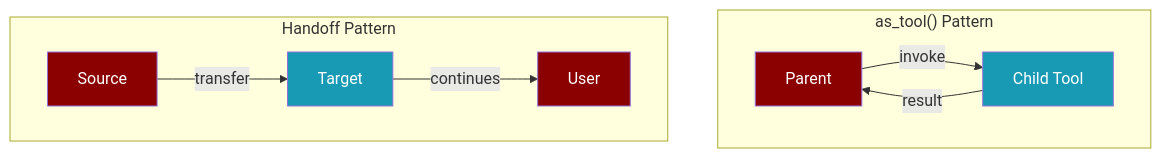
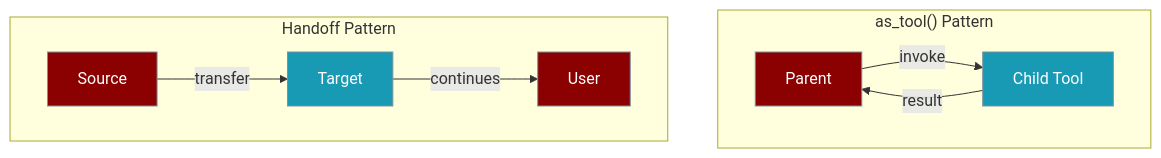
The third of 3 diagrams in docs/features/agent-as-tool.mdx (MervinPraison/PraisonAIDocs), drawn with Mermaid before and after one commit. The commit also changed other lines of this file and 9 other files, not shown here.

````diff
--- a/docs/features/agent-as-tool.mdx
+++ b/docs/features/agent-as-tool.mdx
@@ -148,20 +134,20 @@
 ```mermaid
 graph TB
     subgraph AsTool["as_tool() Pattern"]
         direction LR
         P1[Parent] -->|"invoke"| C1[Child Tool]
         C1 -->|"result"| P1
     end
-    
+
     subgraph Handoff["Handoff Pattern"]
         direction LR
         P2[Source] -->|"transfer"| C2[Target]
         C2 -->|"continues"| U[User]
     end
-    
-    style P1 fill:#8B0000,color:#fff
-    style C1 fill:#189AB4,color:#fff
-    style P2 fill:#8B0000,color:#fff
-    style C2 fill:#189AB4,color:#fff
-    style U fill:#8B0000,color:#fff
+
+    classDef agent fill:#8B0000,stroke:#7C90A0,color:#fff
+    classDef tool fill:#189AB4,stroke:#7C90A0,color:#fff
+
+    class P1,P2,U agent
+    class C1,C2 tool
 ```
````
